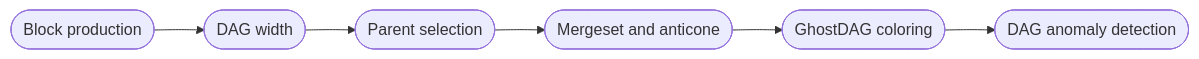
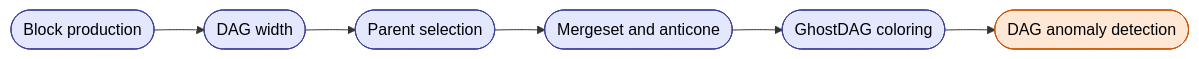
One commit to SanaMegabytes/megabytes-dag-specification changed the second of 2 diagrams in README.md. Above: the diagram before and after it, drawn with Mermaid.

Commit message:
Enhance README with BlockDAG flowchart
Added a flowchart illustrating the BlockDAG process.

````diff
--- a/README.md
+++ b/README.md
@@ -103,8 +103,21 @@
 ```mermaid
 flowchart LR
+
     A([Block production]) --> B([DAG width])
     B --> C([Parent selection])
     C --> D([Mergeset and anticone])
     D --> E([GhostDAG coloring])
     E --> F([DAG anomaly detection])
+
+    %% Styling
+    classDef stage fill:#e3e8ff,stroke:#3b3f99,stroke-width:1px,color:#000;
+    classDef detect fill:#ffe7d6,stroke:#cc5200,stroke-width:1px,color:#000;
+    classDef final fill:#e0ffe4,stroke:#1f7a1f,stroke-width:1px,color:#000;
+    classDef reject fill:#ffd6d6,stroke:#b30000,stroke-width:1.5px,color:#000;
+
+    class A,B,C,D,E stage;
+    class F detect;
+    class G,H,I,J final;
+    class R1,R2 reject;
+    class ACC final;
 ```
````
